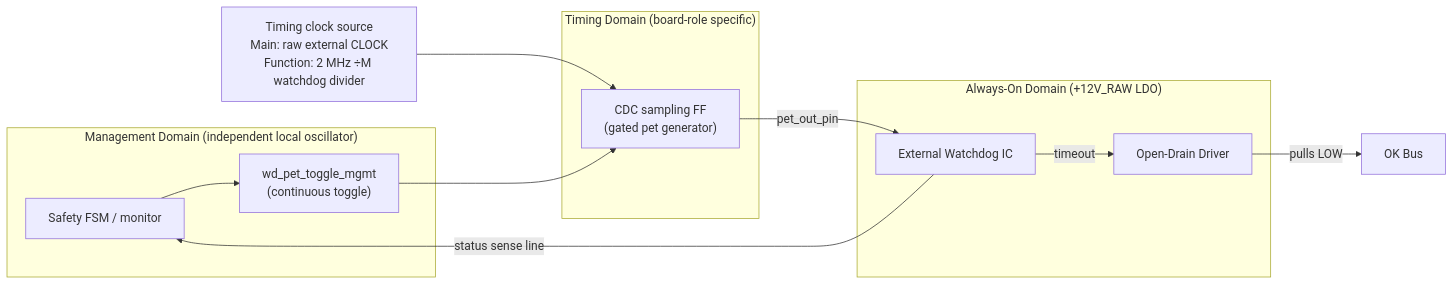
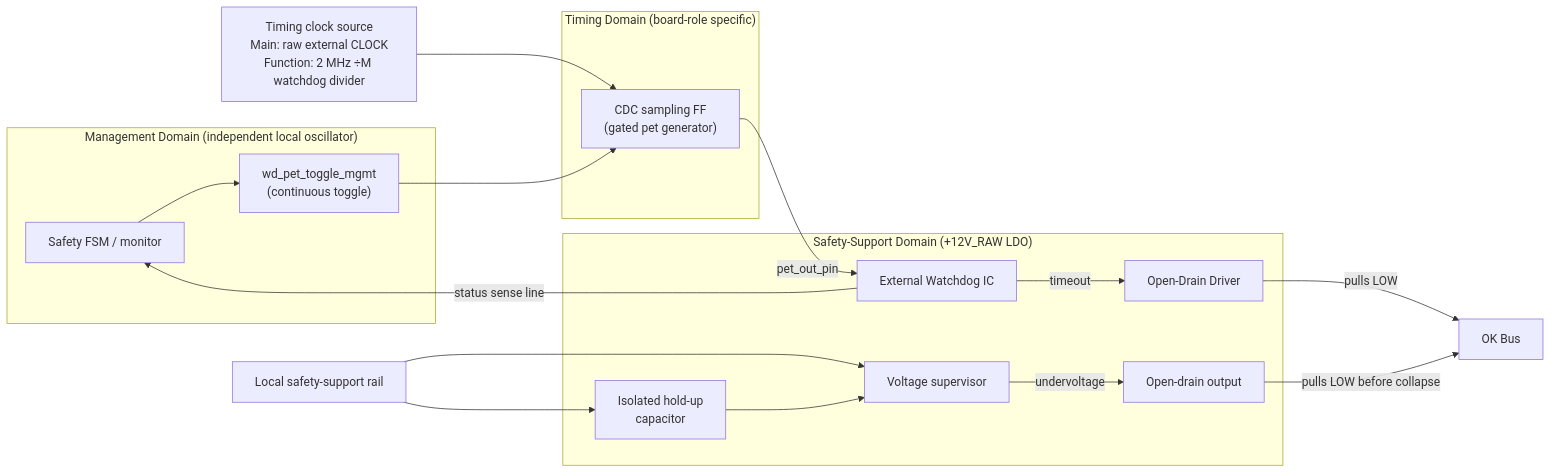
One commit to bcancinov/mdc-architecture changed the first of 2 diagrams in decisions/reference/ADR-001_fault_detection_reference.md. Above: the diagram before and after it, drawn with Mermaid. The commit also changed other lines of this file and 11 other files, not shown here.

Commit message:
refine timing, supervision, and power fault architecture

````diff
--- a/decisions/reference/ADR-001_fault_detection_reference.md
+++ b/decisions/reference/ADR-001_fault_detection_reference.md
@@ -14,24 +14,32 @@
 ```mermaid
 graph LR
     subgraph mgmt_domain ["Management Domain (independent local oscillator)"]
         FSM["Safety FSM / monitor"]
         TOG["wd_pet_toggle_mgmt\n(continuous toggle)"]
         FSM --> TOG
     end
 
     subgraph timing_domain ["Timing Domain (board-role specific)"]
         SAMP["CDC sampling FF\n(gated pet generator)"]
     end
 
-    subgraph wd_domain ["Always-On Domain (+12V_RAW LDO)"]
+    subgraph wd_domain ["Safety-Support Domain (+12V_RAW LDO)"]
         WD["External Watchdog IC"]
         OD["Open-Drain Driver"]
+        HOLD["Isolated hold-up\ncapacitor"]
+        SUP["Voltage supervisor"]
+        SUPOD["Open-drain output"]
     end
 
     TIMING_CLK["Timing clock source\nMain: raw external CLOCK\nFunction: 2 MHz ÷M watchdog divider"] --> SAMP
     TOG --> SAMP
     SAMP -- "pet_out_pin" --> WD
     WD -- "timeout" --> OD
     WD -- "status sense line" --> FSM
     OD -- "pulls LOW" --> OK["OK Bus"]
+    SAFE["Local safety-support rail"] --> SUP
+    SAFE --> HOLD
+    HOLD --> SUP
+    SUP -- "undervoltage" --> SUPOD
+    SUPOD -- "pulls LOW before collapse" --> OK
 ```
````
